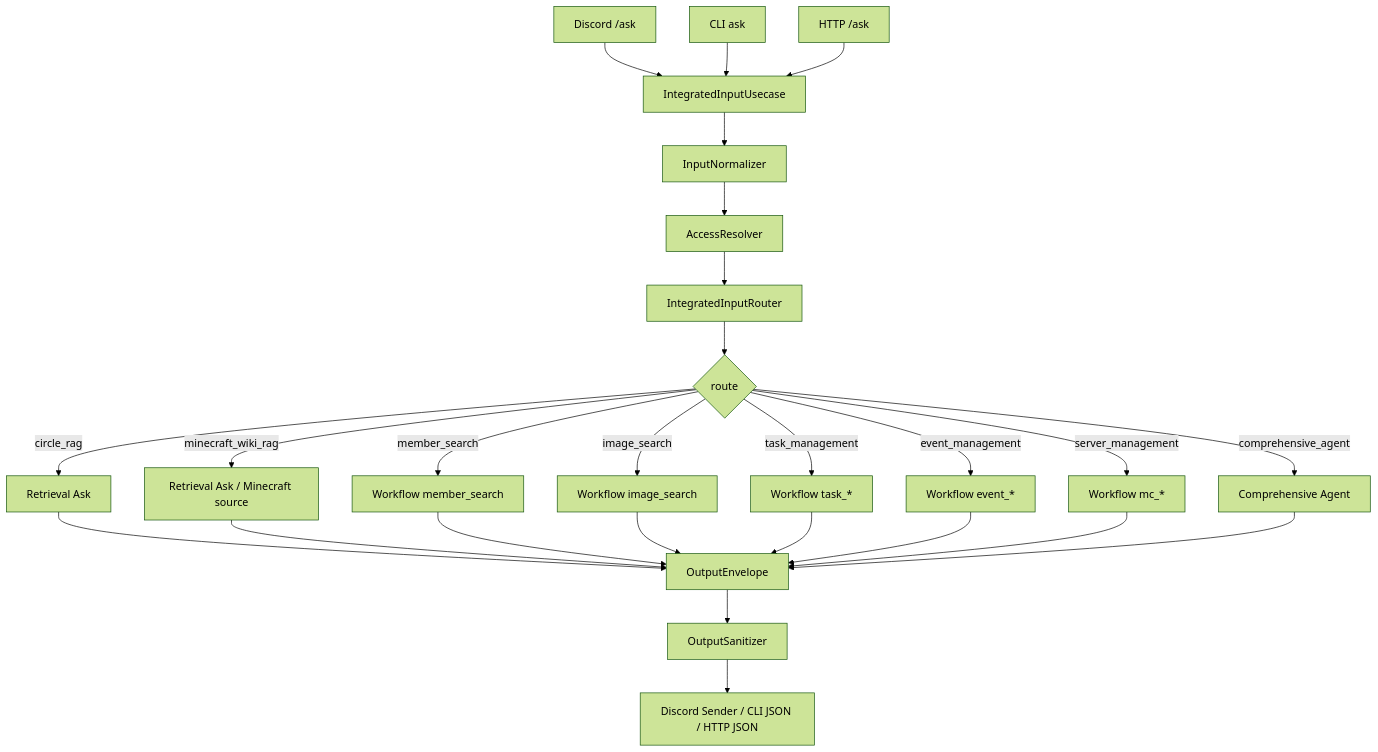
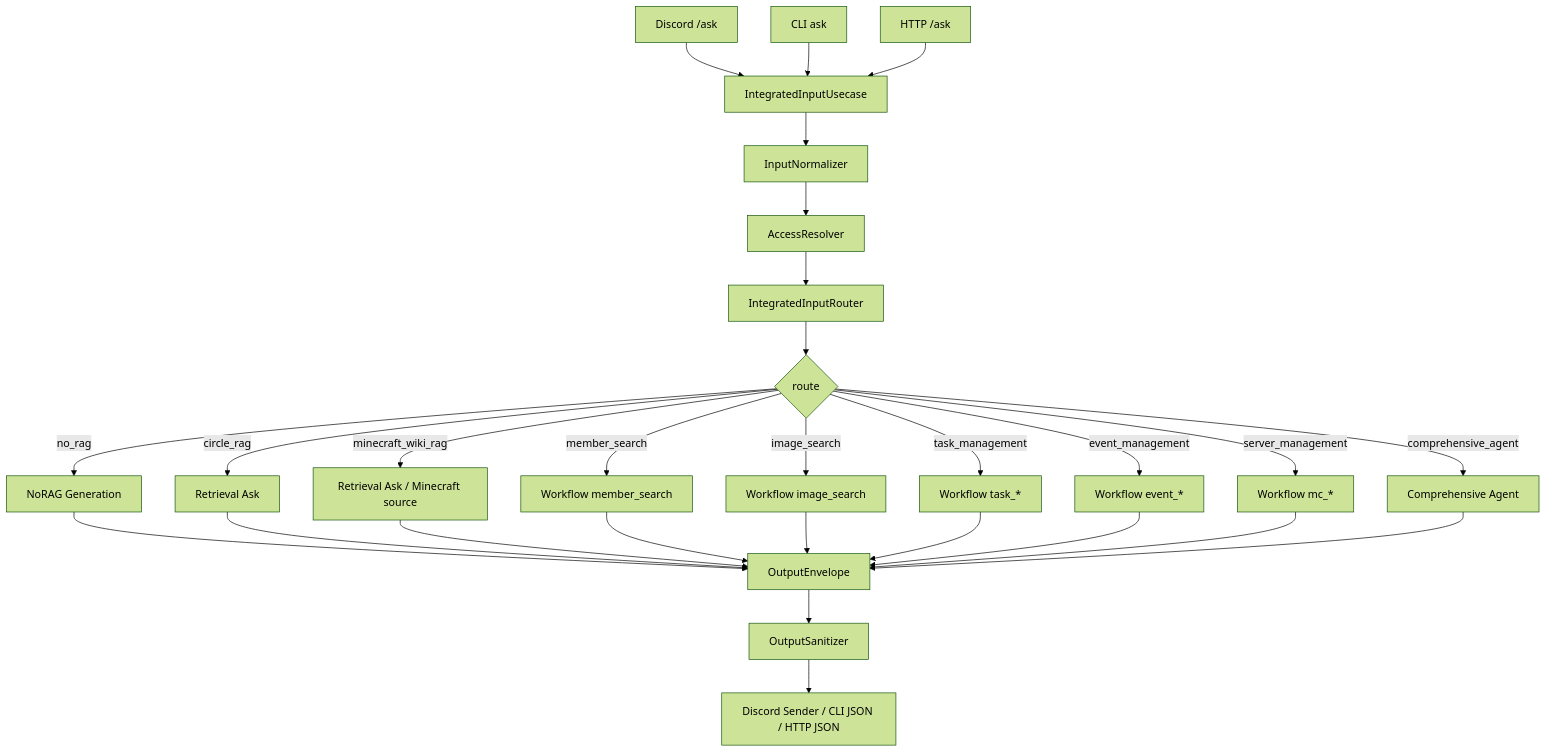
Before and after one commit to krogane/KUMC-Agent: the diagram in docs/design/integrated-input.md, drawn with Mermaid (forest theme). The commit also changed other lines of this file and 84 other files, not shown here.

````diff
--- a/docs/design/integrated-input.md
+++ b/docs/design/integrated-input.md
@@ -49,28 +50,30 @@
 ```mermaid
 flowchart TD
   D["Discord /ask"] --> I["IntegratedInputUsecase"]
   C["CLI ask"] --> I
   H["HTTP /ask"] --> I
   I --> N["InputNormalizer"]
   N --> A["AccessResolver"]
   A --> R["IntegratedInputRouter"]
   R --> P{"route"}
+  P -->|no_rag| NR["NoRAG Generation"]
   P -->|circle_rag| CR["Retrieval Ask"]
   P -->|minecraft_wiki_rag| MR["Retrieval Ask / Minecraft source"]
   P -->|member_search| MS["Workflow member_search"]
   P -->|image_search| IS["Workflow image_search"]
   P -->|task_management| TS["Workflow task_*"]
   P -->|event_management| ES["Workflow event_*"]
   P -->|server_management| SS["Workflow mc_*"]
   P -->|comprehensive_agent| CA["Comprehensive Agent"]
-  CR --> O["OutputEnvelope"]
+  NR --> O["OutputEnvelope"]
+  CR --> O
   MR --> O
   MS --> O
   IS --> O
   TS --> O
   ES --> O
   SS --> O
   CA --> O
   O --> S["OutputSanitizer"]
   S --> X["Discord Sender / CLI JSON / HTTP JSON"]
 ```
````
